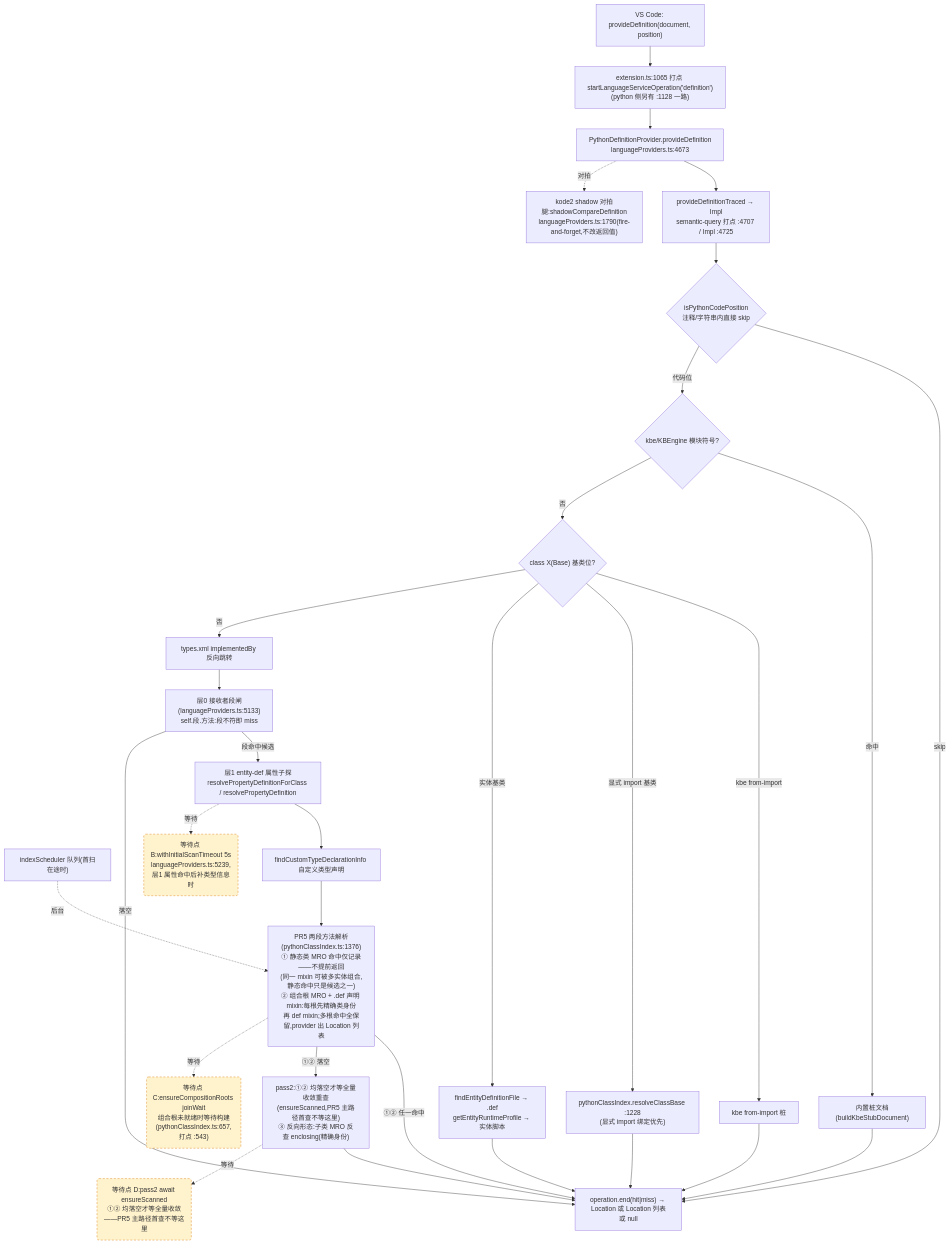
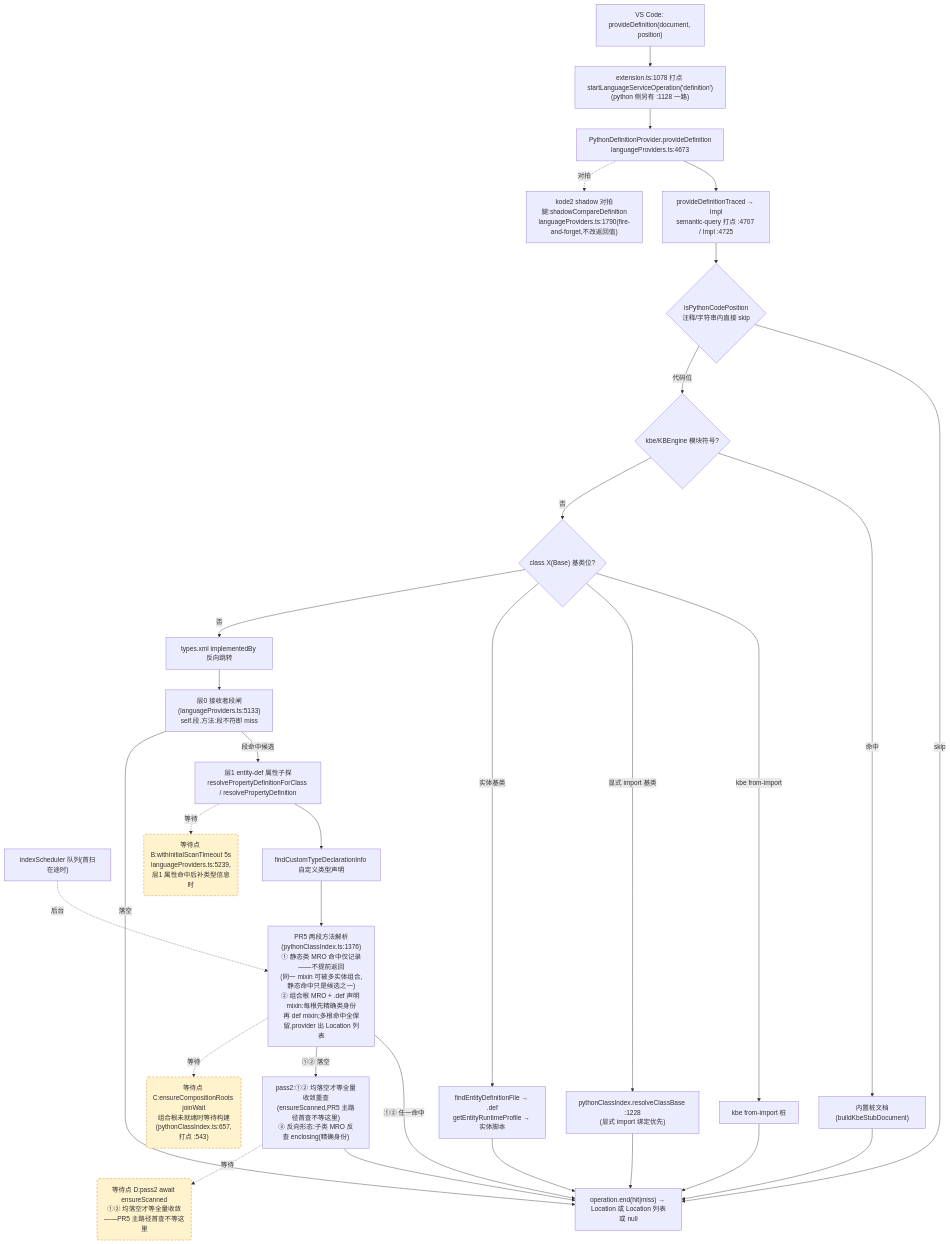
The second of 4 diagrams in docs/perf/2026-baseline.md (cuihairu/kode), drawn with Mermaid before and after one commit. The commit also changed other lines of this file and 8 other files, not shown here.

````diff
--- a/docs/perf/2026-baseline.md
+++ b/docs/perf/2026-baseline.md
@@ -130,51 +130,51 @@
 ```mermaid
 flowchart TD
   VC2["VS Code: provideDefinition(document, position)"]
-  M2["extension.ts:1065 打点 startLanguageServiceOperation('definition')<br/>(python 侧另有 :1128 一路)"]
+  M2["extension.ts:1078 打点 startLanguageServiceOperation('definition')<br/>(python 侧另有 :1128 一路)"]
   AD2["PythonDefinitionProvider.provideDefinition<br/>languageProviders.ts:4673"]
   TR["provideDefinitionTraced → Impl<br/>semantic-query 打点 :4707 / Impl :4725"]
   CTX{"isPythonCodePosition<br/>注释/字符串内直接 skip"}
   KBE{"kbe/KBEngine 模块符号?"}
   STUB["内置桩文档(buildKbeStubDocument)"]
   CB{"class X(Base) 基类位?"}
   CB1["kbe from-import 桩"]
   CB2["pythonClassIndex.resolveClassBase :1228<br/>(显式 import 绑定优先)"]
   CB3["findEntityDefinitionFile → .def<br/>getEntityRuntimeProfile → 实体脚本"]
   REV["types.xml implementedBy 反向跳转"]
   L0["层0 接收者段闸(languageProviders.ts:5133)<br/>self.段.方法:段不符即 miss"]
   L1["层1 entity-def 属性子探<br/>resolvePropertyDefinitionForClass / resolvePropertyDefinition"]
   SCAN["indexScheduler 队列(首扫在途时)"]
   TY["findCustomTypeDeclarationInfo 自定义类型声明"]
   MRO["PR5 两段方法解析(pythonClassIndex.ts:1376)<br/>① 静态类 MRO 命中仅记录——不提前返回<br/>(同一 mixin 可被多实体组合,静态命中只是候选之一)<br/>② 组合根 MRO + .def 声明 mixin:每根先精确类身份<br/>再 def mixin;多根命中全保留,provider 出 Location 列表"]
   PASS2["pass2:①② 均落空才等全量收敛重查<br/>(ensureScanned,PR5 主路径首查不等这里)<br/>③ 反向形态:子类 MRO 反查 enclosing(精确身份)"]
   SHD["kode2 shadow 对拍腿:shadowCompareDefinition<br/>languageProviders.ts:1790(fire-and-forget,不改返回值)"]
   END2["operation.end(hit|miss) → Location 或 Location 列表或 null"]
 
   VC2 --> M2 --> AD2 --> TR --> CTX
   CTX -- "skip" --> END2
   CTX -- "代码位" --> KBE
   KBE -- "命中" --> STUB --> END2
   KBE -- "否" --> CB
   CB -- "kbe from-import" --> CB1 --> END2
   CB -- "显式 import 基类" --> CB2 --> END2
   CB -- "实体基类" --> CB3 --> END2
   CB -- "否" --> REV --> L0
   L0 -- "段命中候选" --> L1
   L0 -- "落空" --> END2
   L1 --> TY
   TY --> MRO
   MRO -- "①② 任一命中" --> END2
   MRO -- "①② 落空" --> PASS2 --> END2
   AD2 -.->|对拍| SHD
 
   WAITB("等待点 B:withInitialScanTimeout 5s<br/>languageProviders.ts:5239,层1 属性命中后补类型信息时")
   WAITC("等待点 C:ensureCompositionRoots joinWait<br/>组合根未就绪时等待构建(pythonClassIndex.ts:657,打点 :543)")
   WAITD("等待点 D:pass2 await ensureScanned<br/>①② 均落空才等全量收敛——PR5 主路径首查不等这里")
   L1 -.->|等待| WAITB
   MRO -.->|等待| WAITC
   PASS2 -.->|等待| WAITD
   SCAN -.->|后台| MRO
 
   classDef waitPoint fill:#fff3cd,stroke:#d97706,stroke-dasharray:5 4;
   class WAITB,WAITC,WAITD waitPoint;
 ```
````
